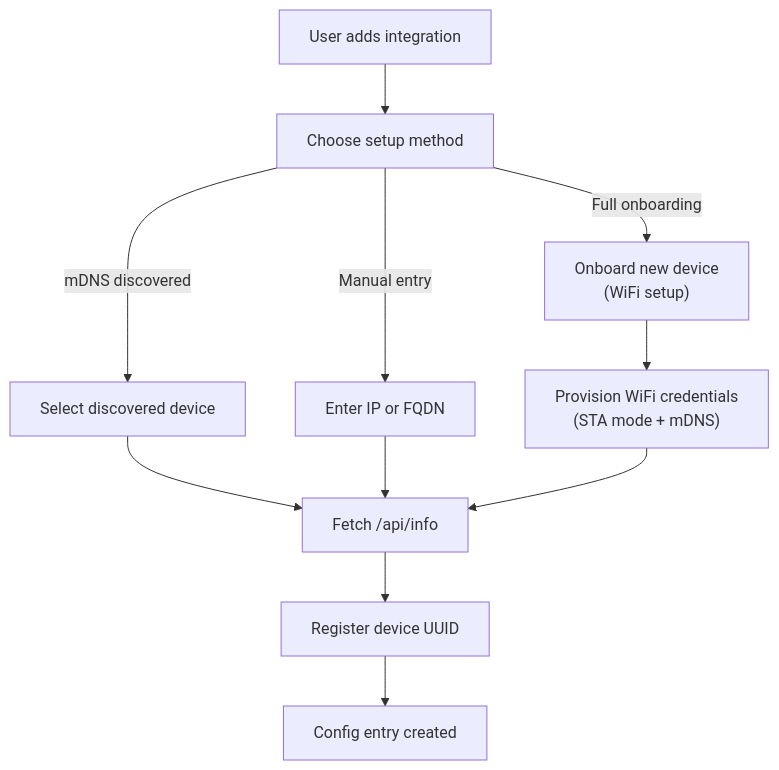
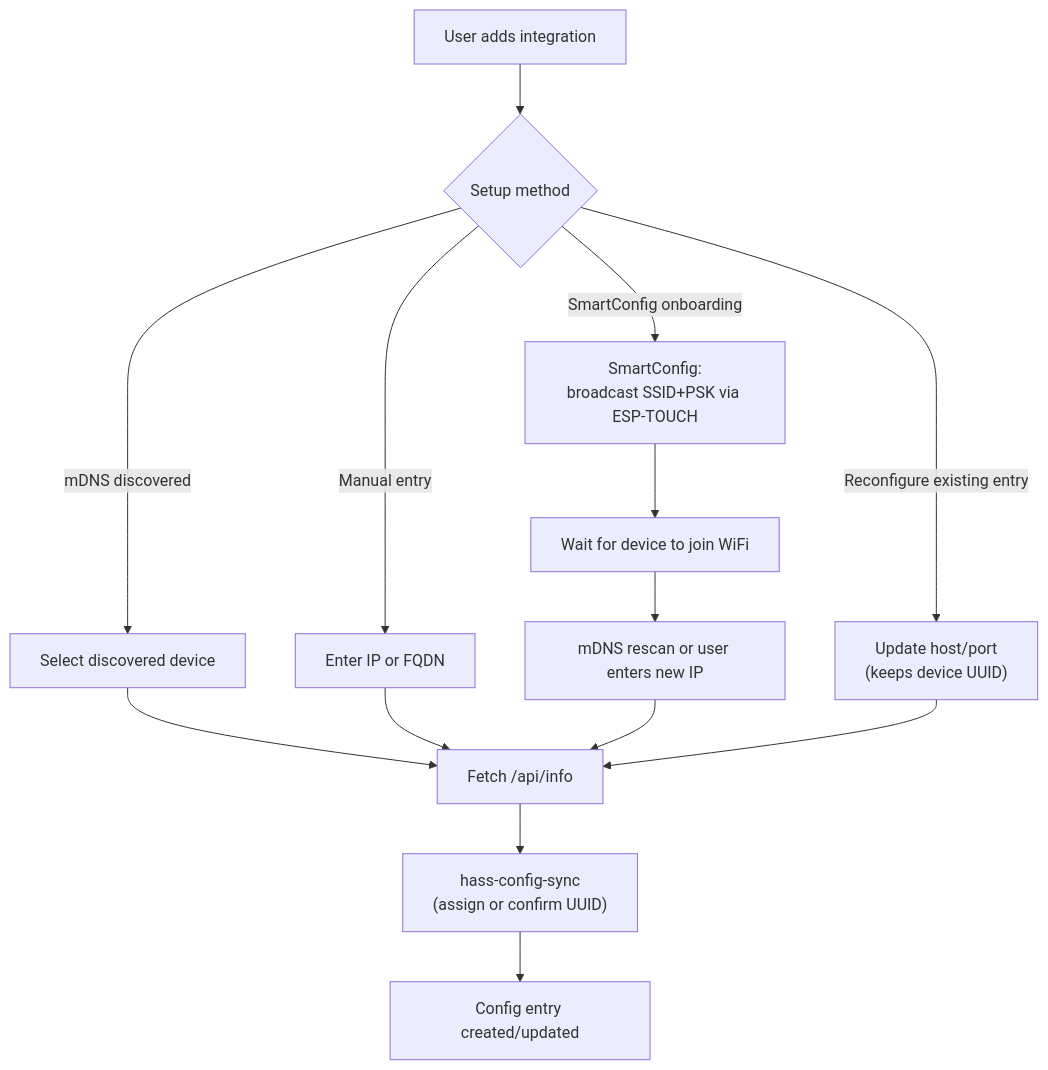
Before and after one commit to meowtochondria/EvilCrowRF-V2: the fifth of 10 diagrams in hass/docs/plan.md, drawn with Mermaid. The commit also changed other lines of this file, not shown here.

````diff
--- a/hass/docs/plan.md
+++ b/hass/docs/plan.md
@@ -467,15 +668,16 @@
 ```mermaid
 flowchart TD
-    Start["User adds integration"] --> Choice["Choose setup method"]
+    Start["User adds integration"] --> Choice{"Setup method"}
     Choice -->|"mDNS discovered"| SelectDevice["Select discovered device"]
     Choice -->|"Manual entry"| ManualIP["Enter IP or FQDN"]
-    Choice -->|"Full onboarding"| Onboarding["Onboard new device<br/>(WiFi setup)"]
+    Choice -->|"SmartConfig onboarding"| Onboarding["SmartConfig:<br/>broadcast SSID+PSK via ESP-TOUCH"]
+    Choice -->|"Reconfigure existing entry"| Reconfigure["Update host/port<br/>(keeps device UUID)"]
 
     SelectDevice --> FetchInfo["Fetch /api/info"]
     ManualIP --> FetchInfo
-    Onboarding --> Provision["Provision WiFi credentials<br/>(STA mode + mDNS)"]
-    Provision --> FetchInfo
+    Onboarding --> WaitJoin["Wait for device to join WiFi"] --> Rescan["mDNS rescan or user enters new IP"] --> FetchInfo
+    Reconfigure --> FetchInfo
 
-    FetchInfo --> Register["Register device UUID"]
-    Register --> Done["Config entry created"]
+    FetchInfo --> HassConfigSync["hass-config-sync<br/>(assign or confirm UUID)"]
+    HassConfigSync --> Done["Config entry created/updated"]
 ```
````
